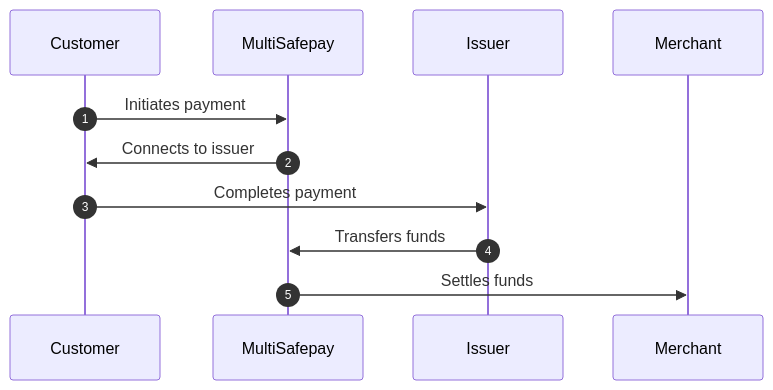
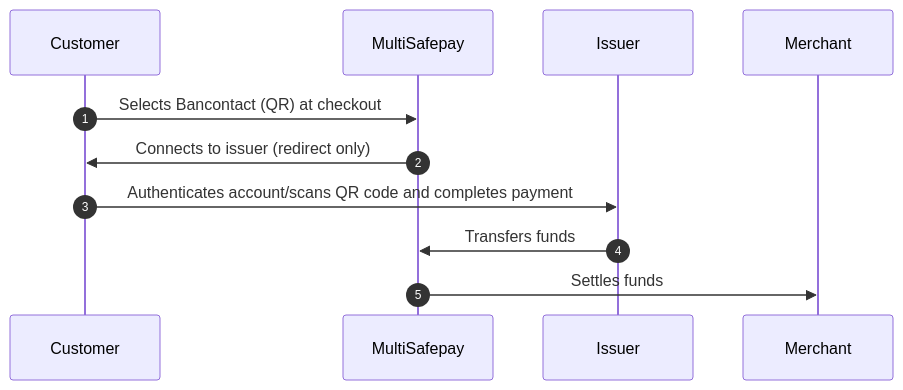
The diagram in content/payments/methods/banks/bancontact/payment-flow.md (MultiSafepay/docs), drawn with Mermaid before and after one commit. The commit also changed other lines of this file and 38 other files, not shown here.

```diff
--- a/content/payments/methods/banks/bancontact/payment-flow.md
+++ b/content/payments/methods/banks/bancontact/payment-flow.md
@@ -18,16 +18,16 @@
 {{< mermaid class="text-center" >}}
 
 sequenceDiagram
     autonumber
     participant C as Customer
     participant Mu as MultiSafepay
     participant I as Issuer
     participant Me as Merchant
 
-    C->>Mu: Initiates payment
-    Mu->>C: Connects to issuer
-    C->>I: Completes payment
+    C->>Mu: Selects Bancontact (QR) at checkout
+    Mu->>C: Connects to issuer (redirect only)
+    C->>I: Authenticates account/scans QR code and completes payment
     I->>Mu: Transfers funds 
     Mu->>Me: Settles funds 
 
 {{< /mermaid >}}
```
